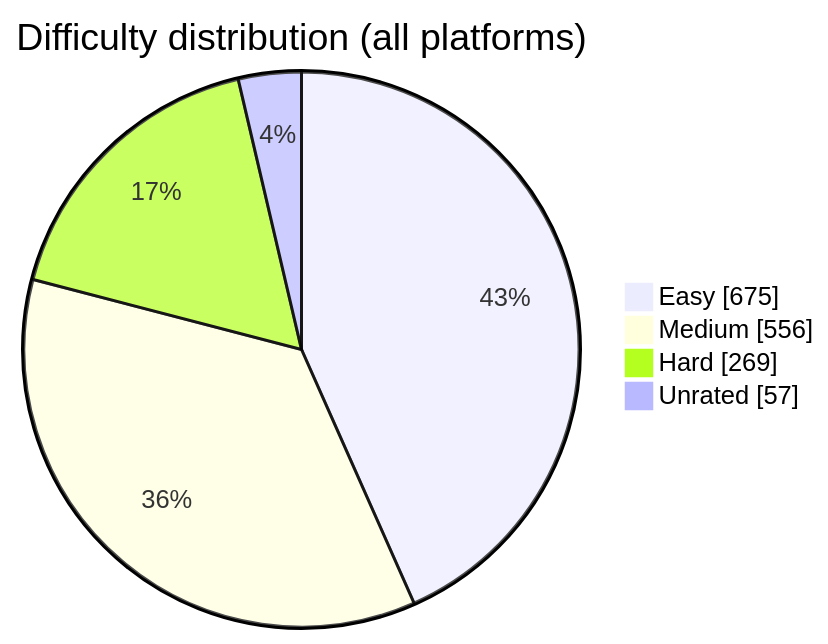
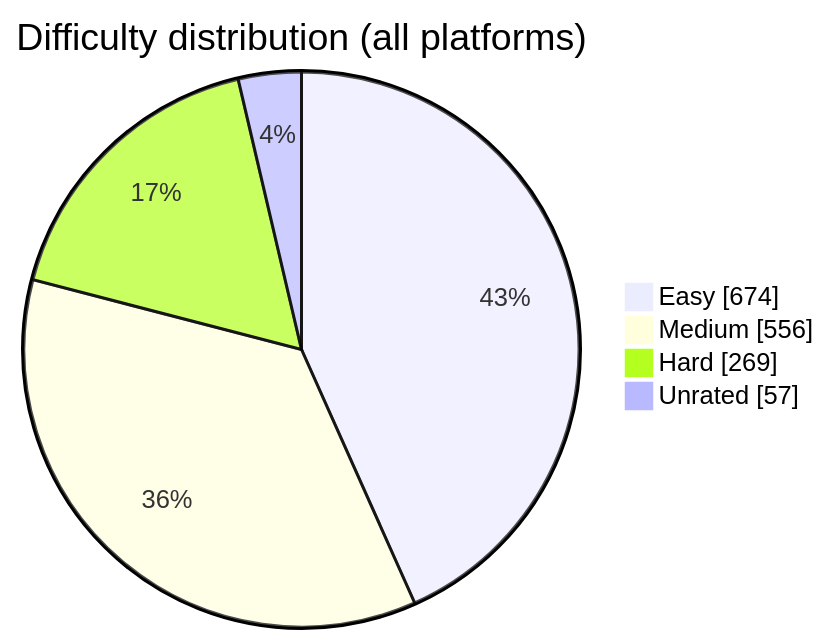
One commit to BuildbyArindam/Daily-Coding-Log changed the diagram in README.md. Above: the diagram before and after it, drawn with Mermaid. The commit also changed other lines of this file, not shown here.

````diff
--- a/README.md
+++ b/README.md
@@ -93,7 +93,7 @@
 ```mermaid
 pie showData title Difficulty distribution (all platforms)
-    "Easy" : 675
+    "Easy" : 674
     "Medium" : 556
     "Hard" : 269
     "Unrated" : 57
 ```
````
